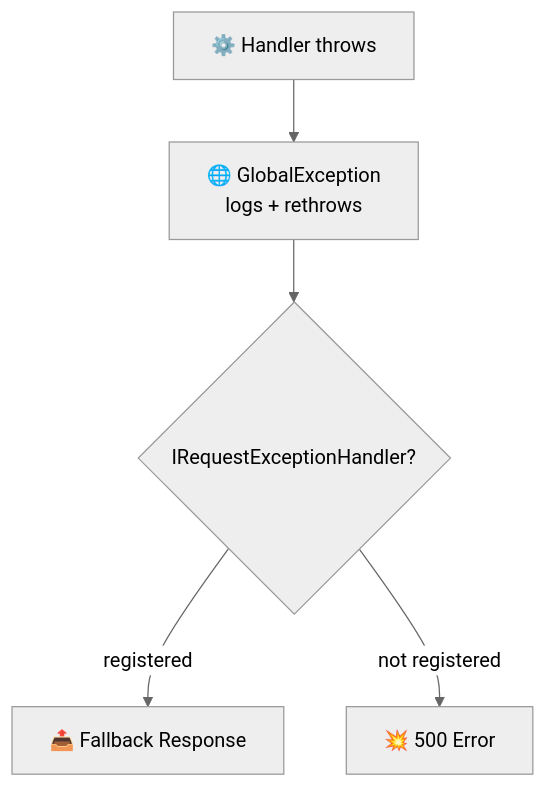
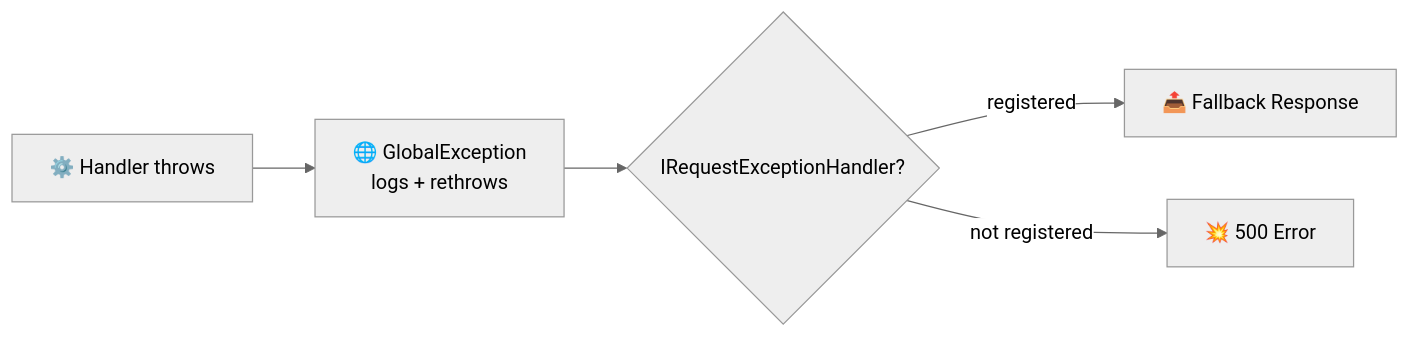
The fourth of 5 diagrams in README.md (GabrieleTronchin/MediatRPipelines), drawn with Mermaid (neutral theme) before and after one commit. The commit also changed other lines of this file and 9 other files, not shown here.

````diff
--- a/README.md
+++ b/README.md
@@ -93,7 +95,6 @@
 ```mermaid
-flowchart TD
-    H[⚙️ Handler throws] --> G[🌐 GlobalException\nlogs + rethrows]
-    G --> REP{IRequestExceptionHandler?}
+flowchart LR
+    H[⚙️ Handler throws] --> G[🌐 GlobalException\nlogs + rethrows] --> REP{IRequestExceptionHandler?}
     REP -->|registered| FB[📤 Fallback Response]
     REP -->|not registered| ERR[💥 500 Error]
 ```
````
